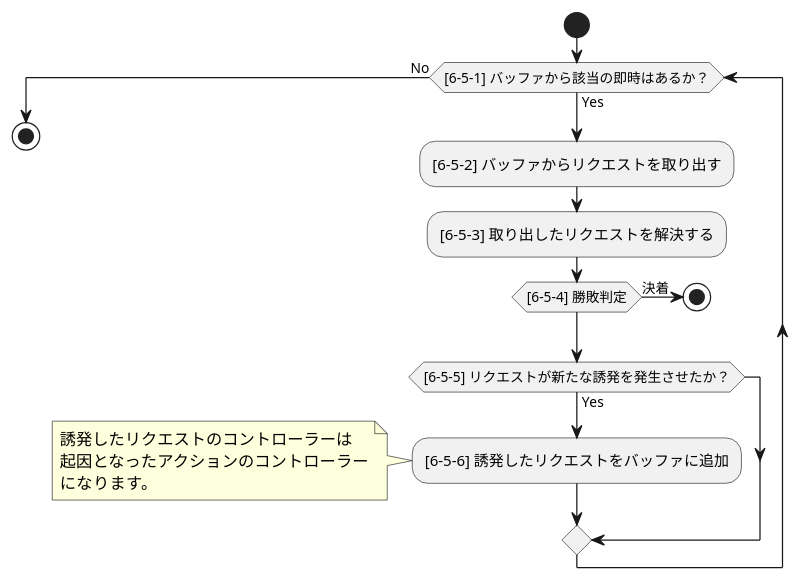
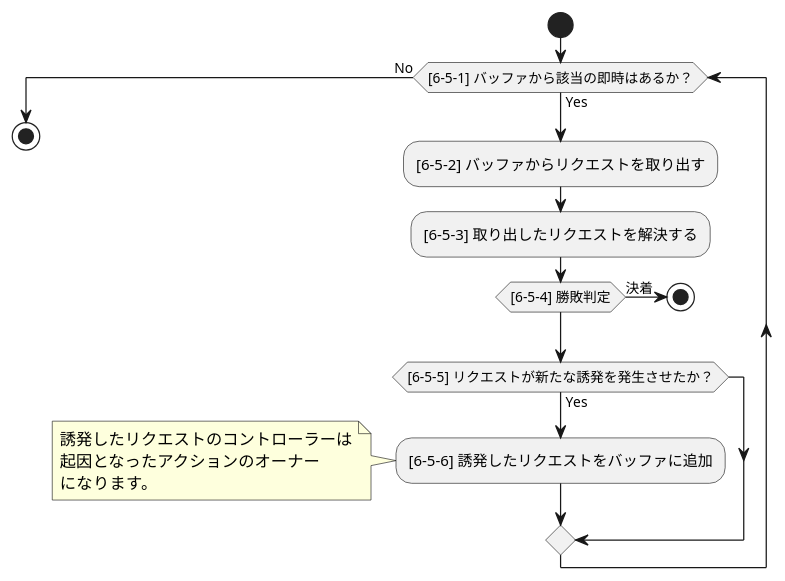
The diagram in source/core/triggerflow_s.puml (BlackPoker/BlackPoker), drawn with PlantUML before and after one commit. The commit also changed 3 other files, not shown here.

```diff
--- a/source/core/triggerflow_s.puml
+++ b/source/core/triggerflow_s.puml
@@ -1,23 +1,23 @@
 @startuml
 '==============================
 '【即時：アクション毎に処理】
 '==============================
 
 start
 while ([6-5-1] バッファから該当の即時はあるか？) is (Yes)
   :[6-5-2] バッファからリクエストを取り出す;
   :[6-5-3] 取り出したリクエストを解決する;
   if ([6-5-4] 勝敗判定) then (決着)
     stop
   endif
   if ([6-5-5] リクエストが新たな誘発を発生させたか？) then (Yes)
     :[6-5-6] 誘発したリクエストをバッファに追加;
     note left
       誘発したリクエストのコントローラーは
-      起因となったアクションのコントローラー
+      起因となったアクションのオーナー
       になります。
     end note
   endif
 endwhile (No)
 stop
 @enduml
```
